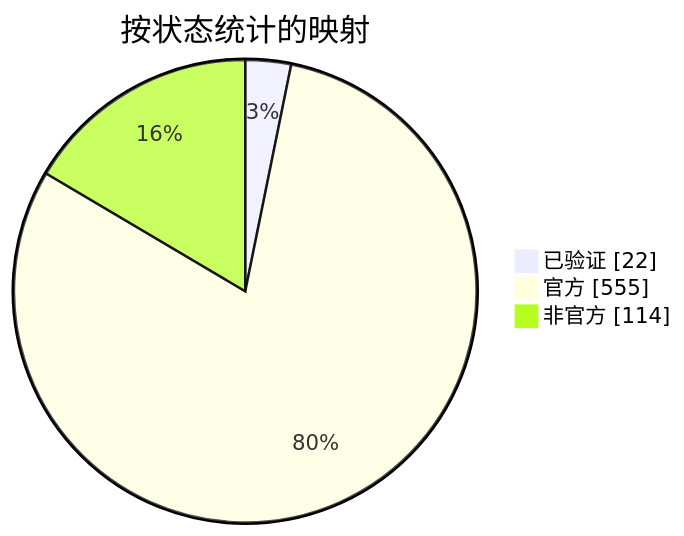
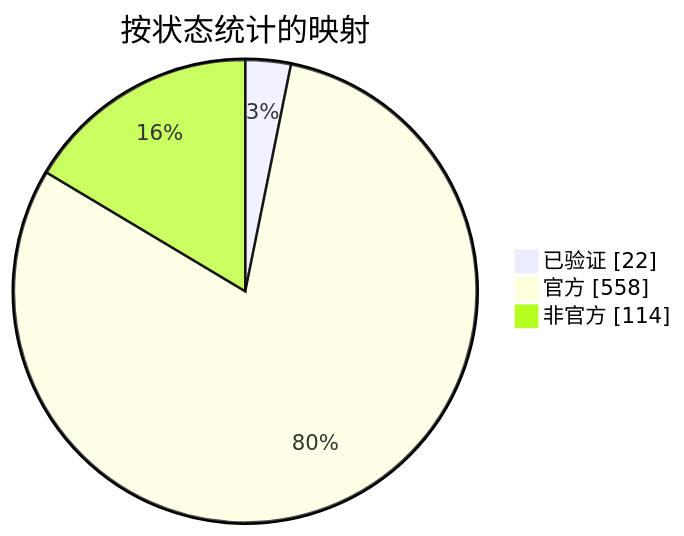
Before and after one commit to nobrega8/mbmap-library: the diagram in docs/readme/README_ZHS.md, drawn with Mermaid. The commit also changed 8 other files, not shown here.

````diff
--- a/docs/readme/README_ZHS.md
+++ b/docs/readme/README_ZHS.md
@@ -54,7 +54,7 @@
 ```mermaid
 pie showData
     title 按状态统计的映射
     "已验证" : 22
-    "官方" : 555
+    "官方" : 558
     "非官方" : 114
 ```
````
